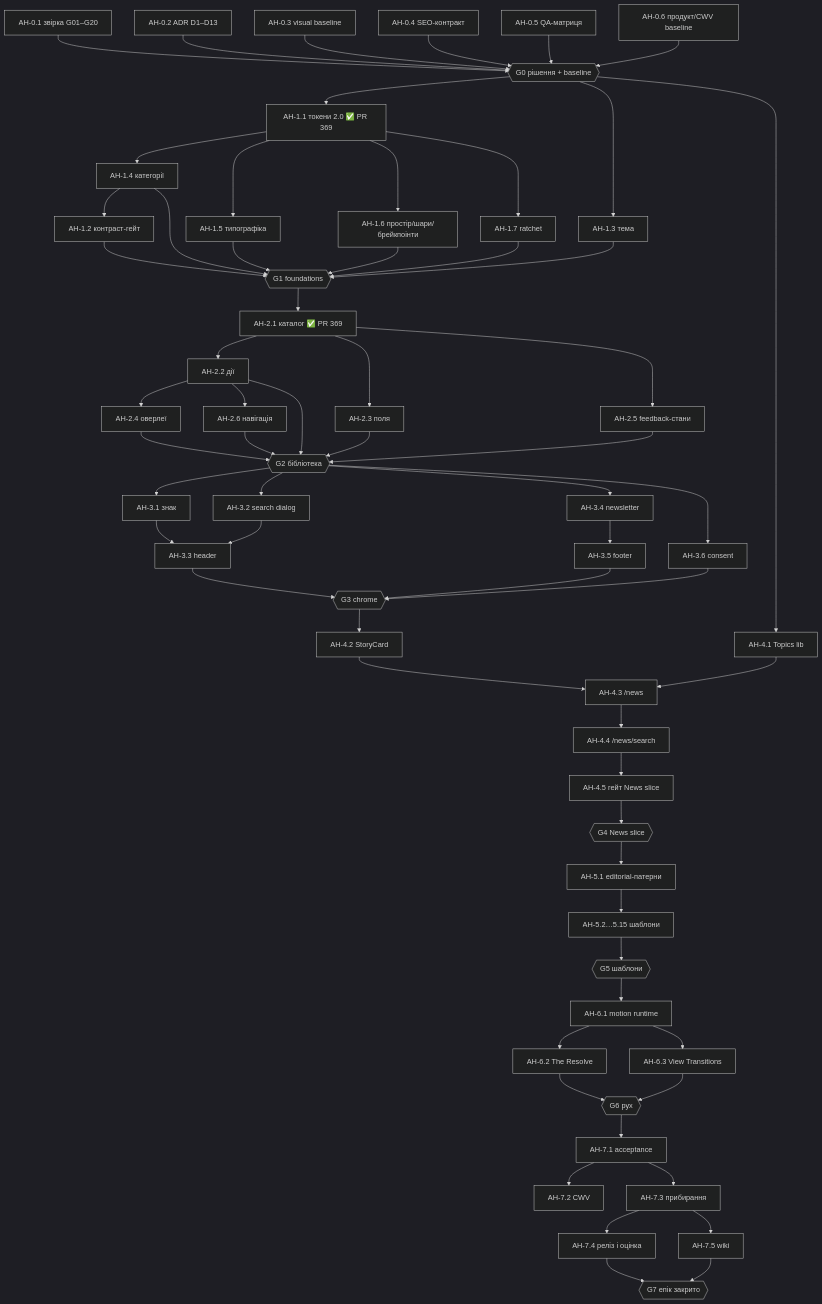
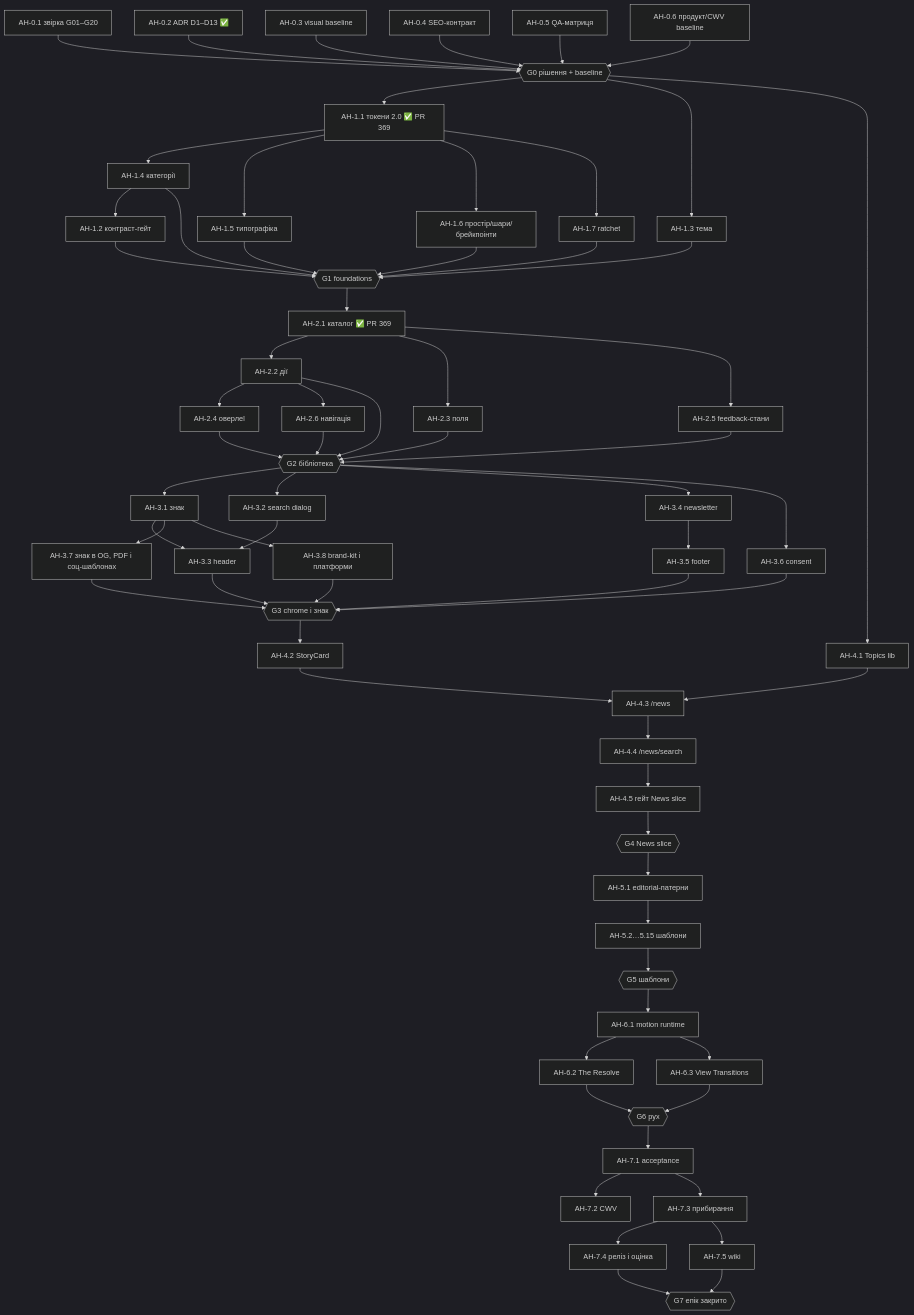
Before and after one commit to sanchahous/ai-today-brief: the diagram in wiki/product/after-hours-redesign-epic.md, drawn with Mermaid (dark theme). The commit also changed other lines of this file and 7 other files, not shown here.

````diff
--- a/wiki/product/after-hours-redesign-epic.md
+++ b/wiki/product/after-hours-redesign-epic.md
@@ -270,34 +276,35 @@
 ```mermaid
 flowchart TD
   G0{{G0 рішення + baseline}}
   A01[AH-0.1 звірка G01–G20] --> G0
-  A02[AH-0.2 ADR D1–D13] --> G0
+  A02[AH-0.2 ADR D1–D13 ✅] --> G0
   A03[AH-0.3 visual baseline] --> G0
   A04[AH-0.4 SEO-контракт] --> G0
   A05[AH-0.5 QA-матриця] --> G0
   A06[AH-0.6 продукт/CWV baseline] --> G0
   G0 --> A11[AH-1.1 токени 2.0 ✅ PR 369]
   G0 --> A13[AH-1.3 тема]
   A11 --> A14[AH-1.4 категорії] & A15[AH-1.5 типографіка] & A16[AH-1.6 простір/шари/брейкпоінти] & A17[AH-1.7 ratchet]
   A14 --> A12[AH-1.2 контраст-гейт]
   A12 & A13 & A14 & A15 & A16 & A17 --> G1{{G1 foundations}}
   G1 --> A21[AH-2.1 каталог ✅ PR 369] --> A22[AH-2.2 дії] & A23[AH-2.3 поля] & A25[AH-2.5 feedback-стани]
   A22 --> A24[AH-2.4 оверлеї] & A26[AH-2.6 навігація]
   A22 & A23 & A24 & A25 & A26 --> G2{{G2 бібліотека}}
   G2 --> A31[AH-3.1 знак] --> A33[AH-3.3 header]
   G2 --> A32[AH-3.2 search dialog] --> A33
   G2 --> A34[AH-3.4 newsletter] --> A35[AH-3.5 footer]
   G2 --> A36[AH-3.6 consent]
-  A33 & A35 & A36 --> G3{{G3 chrome}}
+  A31 --> A37[AH-3.7 знак в OG, PDF і соц-шаблонах] & A38[AH-3.8 brand-kit і платформи]
+  A33 & A35 & A36 & A37 & A38 --> G3{{G3 chrome і знак}}
   G0 --> A41[AH-4.1 Topics lib]
   G3 --> A42[AH-4.2 StoryCard] --> A43[AH-4.3 /news]
   A41 --> A43 --> A44[AH-4.4 /news/search] --> A45[AH-4.5 гейт News slice]
   A45 --> G4{{G4 News slice}}
   G4 --> A51[AH-5.1 editorial-патерни] --> T5[AH-5.2…5.15 шаблони]
   T5 --> G5{{G5 шаблони}}
   G5 --> A61[AH-6.1 motion runtime] --> A62[AH-6.2 The Resolve] & A63[AH-6.3 View Transitions]
   A62 & A63 --> G6{{G6 рух}}
   G6 --> A71[AH-7.1 acceptance] --> A72[AH-7.2 CWV] & A73[AH-7.3 прибирання]
   A73 --> A74[AH-7.4 реліз і оцінка] & A75[AH-7.5 wiki]
   A74 & A75 --> G7{{G7 епік закрито}}
 ```
````
